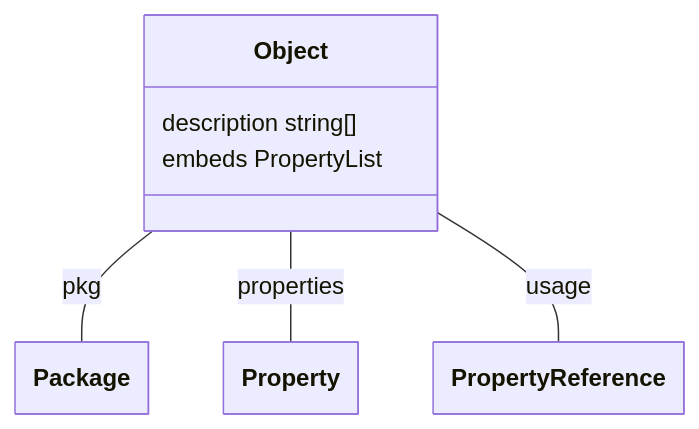
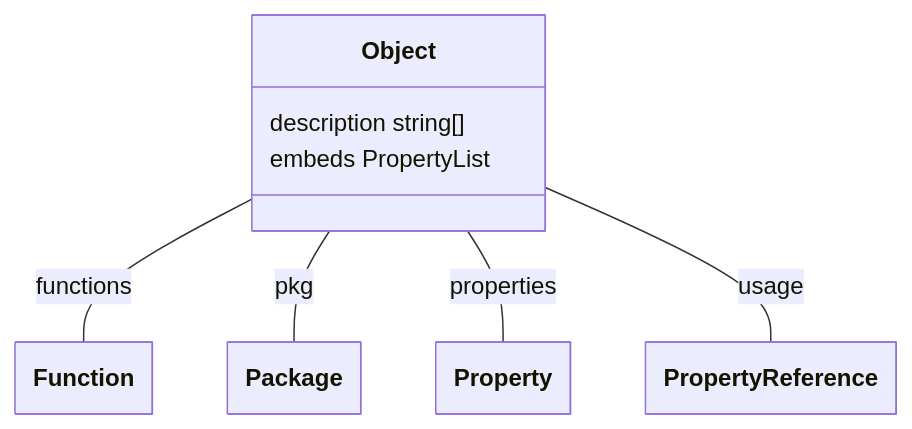
One commit to theunrepentantgeek/crddoc changed the seventh of 17 diagrams in docs/model/model.md. Above: the diagram before and after it, drawn with Mermaid. The commit also changed other lines of this file and 10 other files, not shown here.

````diff
--- a/docs/model/model.md
+++ b/docs/model/model.md
@@ -193,25 +239,27 @@
 ```mermaid
 ---
   config:
     class:
       hideEmptyMembersBox: true
 ---
 classDiagram
 
 class Object["Object"]{  
       description string[]  
       embeds PropertyList
 
 
 } 
 
 
+Object -- Function : functions 
 Object -- Package : pkg 
 Object -- Property : properties 
 Object -- PropertyReference : usage 
 
+class Function["Function"]
 class Package["Package"]
 class Property["Property"]
 class PropertyReference["PropertyReference"]
 
 ```
````
